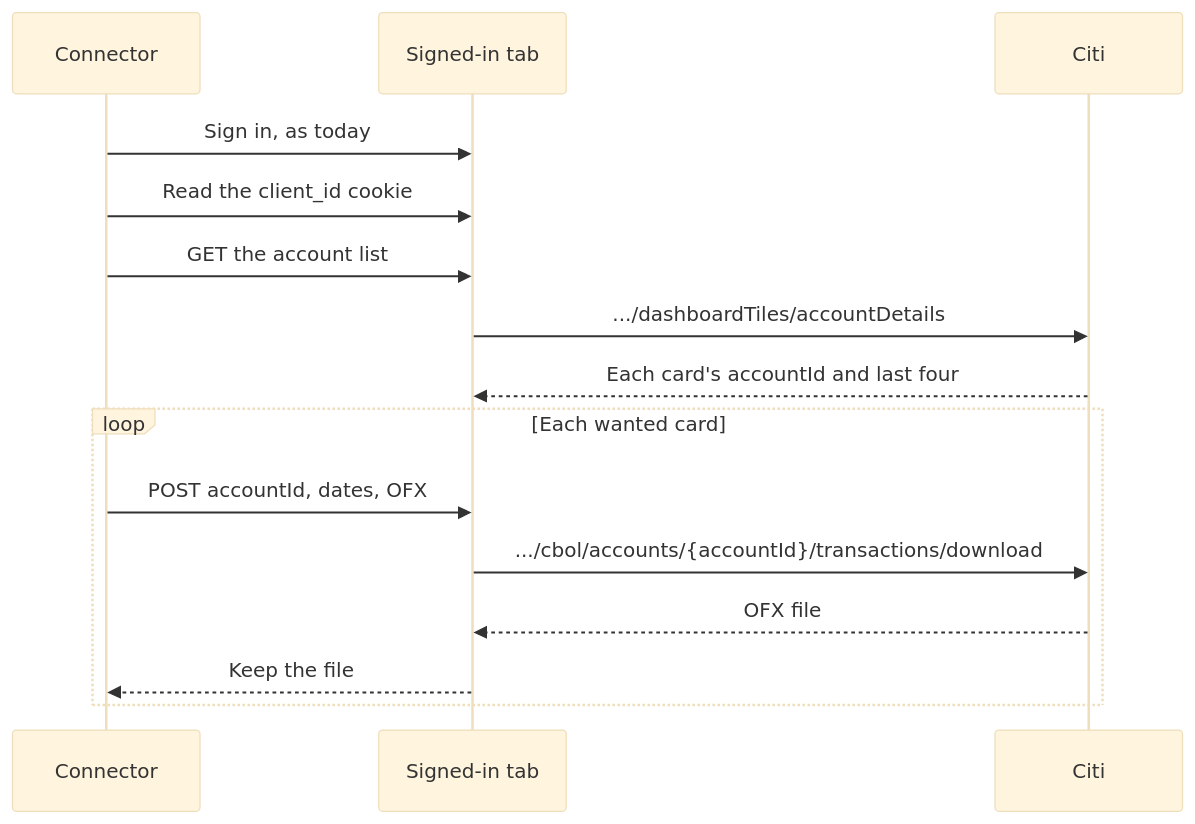
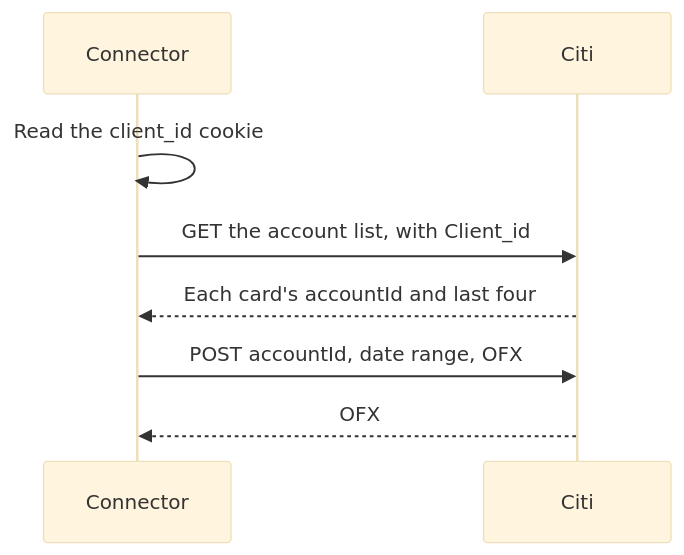
The diagram in docs/architecture/bank-requests/citi.md (spinningyoyo/omsync), drawn with Mermaid (base theme) before and after one commit. The commit also changed other lines of this file and 140 other files, not shown here.

````diff
--- a/docs/architecture/bank-requests/citi.md
+++ b/docs/architecture/bank-requests/citi.md
@@ -14,17 +19,10 @@
 ```mermaid
 sequenceDiagram
     participant C as Connector
-    participant T as Signed-in tab
     participant B as Citi
-    C->>T: Sign in, as today
-    C->>T: Read the client_id cookie
-    C->>T: GET the account list
-    T->>B: .../dashboardTiles/accountDetails
-    B-->>T: Each card's accountId and last four
-    loop Each wanted card
-        C->>T: POST accountId, dates, OFX
-        T->>B: .../cbol/accounts/{accountId}/transactions/download
-        B-->>T: OFX file
-        T-->>C: Keep the file
-    end
+    C->>C: Read the client_id cookie
+    C->>B: GET the account list, with Client_id
+    B-->>C: Each card's accountId and last four
+    C->>B: POST accountId, date range, OFX
+    B-->>C: OFX
 ```
````
